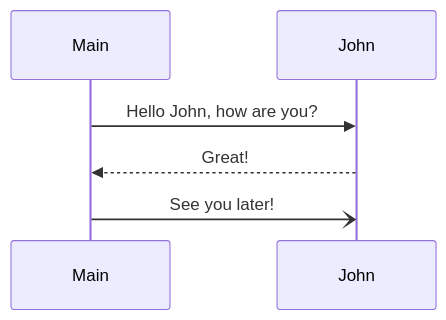
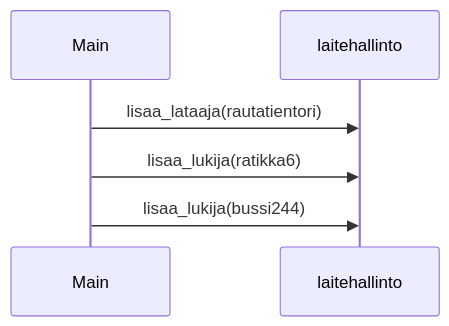
One commit to lahgit/ot-harjoitustyo changed the diagram in laskarit/viikko3/Hsl.md. Above: the diagram before and after it, drawn with Mermaid.

````diff
--- a/laskarit/viikko3/Hsl.md
+++ b/laskarit/viikko3/Hsl.md
@@ -3,6 +3,6 @@
 ```mermaid
  sequenceDiagram
-    Main->>John: Hello John, how are you?
-    John-->>Main: Great!
-    Main-)John: See you later!   
+    Main->>laitehallinto: lisaa_lataaja(rautatientori)
+    Main->>laitehallinto: lisaa_lukija(ratikka6)
+    Main->>laitehallinto: lisaa_lukija(bussi244)   
 ```
````
